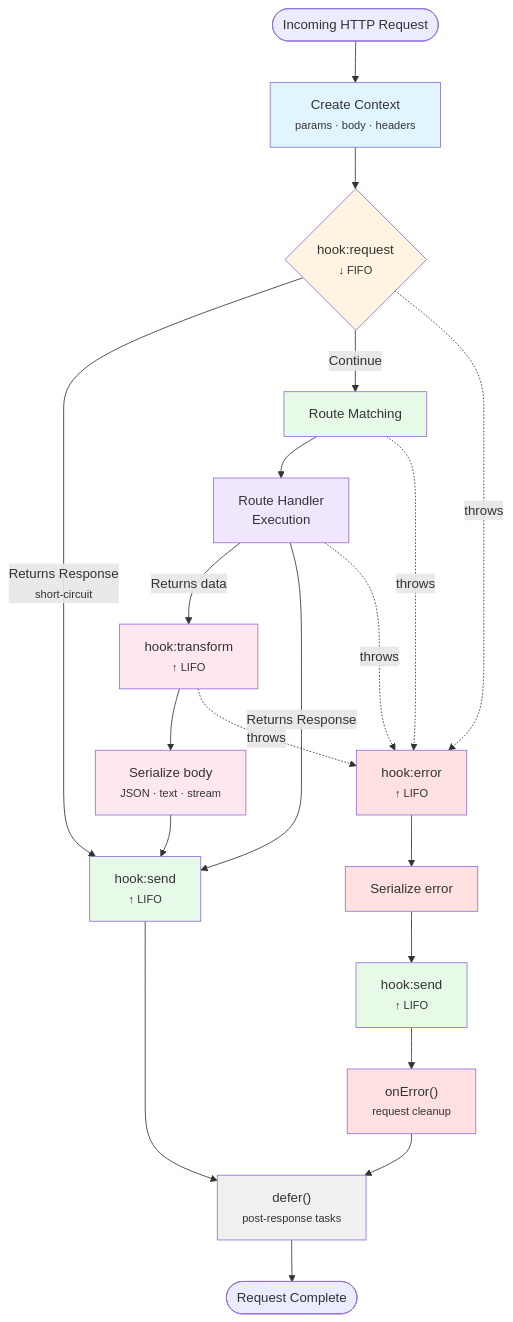
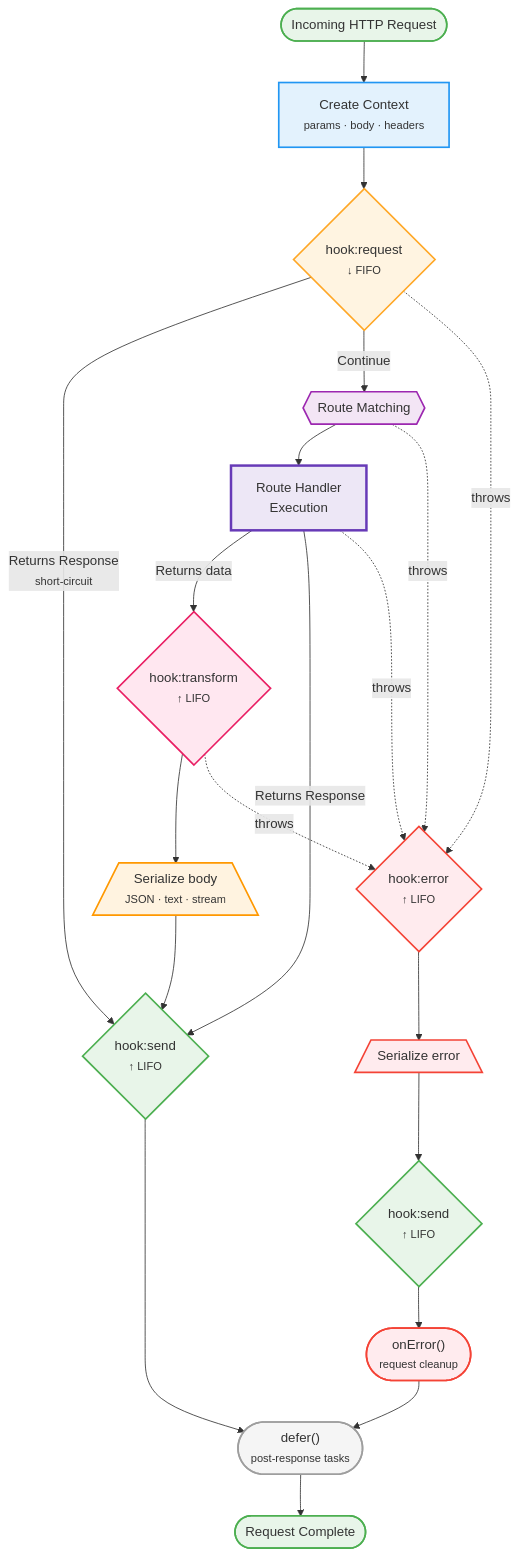
Before and after one commit to minima-js/minimajs: the diagram in docs/core-concepts/diagrams/request-lifecycle.md, drawn with Mermaid. The commit also changed 1 other file, not shown here.

Commit message:
working on diagram

````diff
--- a/docs/core-concepts/diagrams/request-lifecycle.md
+++ b/docs/core-concepts/diagrams/request-lifecycle.md
@@ -1,49 +1,62 @@
 ```mermaid
 graph TD
     Start([Incoming HTTP Request])
     Start --> CreateCtx["Create Context<br/><small>params · body · headers</small>"]
 
     CreateCtx --> ReqHook{"hook:request<br/><small>↓ FIFO</small>"}
 
     ReqHook -->|Returns Response<br/><small>short-circuit</small>| SendHook
-    ReqHook -->|Continue| RouteMatch["Route Matching"]
+    ReqHook -->|Continue| RouteMatch{{"Route Matching"}}
 
     RouteMatch --> Handler["Route Handler<br/>Execution"]
 
-    Handler -->|Returns data| Transform["hook:transform<br/><small>↑ LIFO</small>"]
+    Handler -->|Returns data| Transform{"hook:transform<br/><small>↑ LIFO</small>"}
     Handler -->|Returns Response| SendHook
 
-    Transform --> Serialize["Serialize body<br/><small>JSON · text · stream</small>"]
+    Transform --> Serialize[/"Serialize body<br/><small>JSON · text · stream</small>"\]
 
-    Serialize --> SendHook["hook:send<br/><small>↑ LIFO</small>"]
+    Serialize --> SendHook{"hook:send<br/><small>↑ LIFO</small>"}
 
-    SendHook --> Defer["defer()<br/><small>post-response tasks</small>"]
+    SendHook --> Defer(["defer()<br/><small>post-response tasks</small>"])
     Defer --> Complete([Request Complete])
 
     %% Error Flow
     ReqHook -.->|throws| ErrorHook
     RouteMatch -.->|throws| ErrorHook
     Handler -.->|throws| ErrorHook
     Transform -.->|throws| ErrorHook
 
-    ErrorHook["hook:error<br/><small>↑ LIFO</small>"]
-        --> SerializeErr["Serialize error"]
-        --> ErrorSendHook["hook:send<br/><small>↑ LIFO</small>"]
-        --> OnError["onError()<br/><small>request cleanup</small>"]
+    ErrorHook{"hook:error<br/><small>↑ LIFO</small>"}
+        --> SerializeErr[/"Serialize error"\]
+        --> ErrorSendHook{"hook:send<br/><small>↑ LIFO</small>"}
+        --> OnError(["onError()<br/><small>request cleanup</small>"])
         --> Defer
 
-    %% Styling
-    style CreateCtx fill:#e1f5ff
-    style ReqHook fill:#fff4e1
-    style RouteMatch fill:#e7f9e7
-    style Handler fill:#f0e7ff
-    style Transform fill:#ffe7f0
-    style Serialize fill:#ffe7f0
-    style SendHook fill:#e7f9e7
-    style Defer fill:#f0f0f0
+    %% Styling - Hooks (diamonds)
+    style ReqHook fill:#fff4e1,stroke:#ffa726,stroke-width:2px
+    style Transform fill:#ffe7f0,stroke:#e91e63,stroke-width:2px
+    style SendHook fill:#e8f5e9,stroke:#4caf50,stroke-width:2px
+    style ErrorHook fill:#ffebee,stroke:#f44336,stroke-width:2px
+    style ErrorSendHook fill:#e8f5e9,stroke:#4caf50,stroke-width:2px
 
-    style ErrorHook fill:#ffe1e1
-    style SerializeErr fill:#ffe1e1
-    style ErrorSendHook fill:#e7f9e7
-    style OnError fill:#ffe1e1
+    %% Initialization & Context
+    style CreateCtx fill:#e3f2fd,stroke:#2196f3,stroke-width:2px
+
+    %% Routing & Matching
+    style RouteMatch fill:#f3e5f5,stroke:#9c27b0,stroke-width:2px
+
+    %% Main Processing
+    style Handler fill:#ede7f6,stroke:#673ab7,stroke-width:3px
+
+    %% Data Transformation (parallelograms)
+    style Serialize fill:#fff3e0,stroke:#ff9800,stroke-width:2px
+    style SerializeErr fill:#ffebee,stroke:#f44336,stroke-width:2px
+
+    %% Cleanup & Lifecycle (stadiums)
+    style Defer fill:#f5f5f5,stroke:#9e9e9e,stroke-width:2px
+    style OnError fill:#ffebee,stroke:#f44336,stroke-width:2px
+
+    %% Start/End
+    style Start fill:#e8f5e9,stroke:#4caf50,stroke-width:2px
+    style Complete fill:#e8f5e9,stroke:#4caf50,stroke-width:2px
 ```
````
